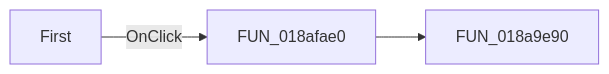
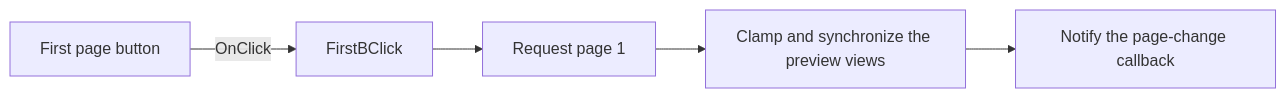
Before and after one commit to MovGP0/TIARA: the diagram in docs/ui-controls/frxpreviewform/firstb-927976df9a.md, drawn with Mermaid. The commit also changed other lines of this file and 387 other files, not shown here.

````diff
--- a/docs/ui-controls/frxpreviewform/firstb-927976df9a.md
+++ b/docs/ui-controls/frxpreviewform/firstb-927976df9a.md
@@ -27,5 +27,7 @@
 ```mermaid
 flowchart LR
-    control["First"] -->|OnClick| handler["FUN_018afae0"]
-    handler --> call1["FUN_018a9e90"]
+    control["First page button"] -->|OnClick| handler["FirstBClick"]
+    handler --> request["Request page 1"]
+    request --> select["Clamp and synchronize the preview views"]
+    select --> notify["Notify the page-change callback"]
 ```
````
